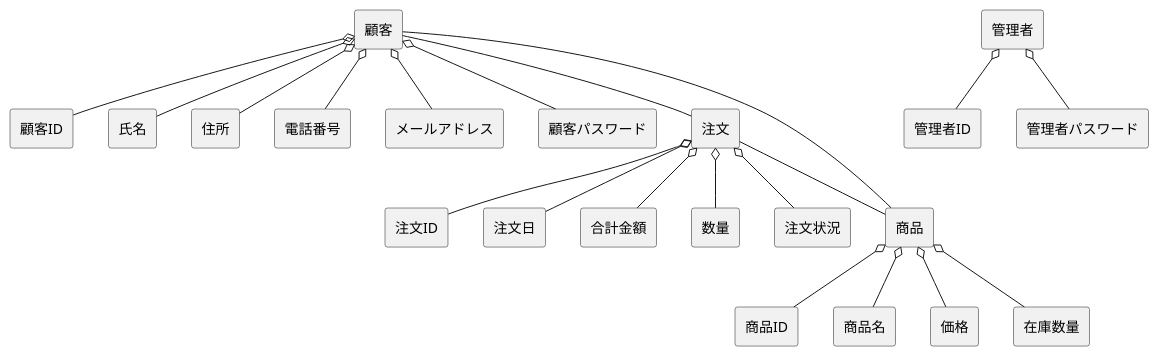
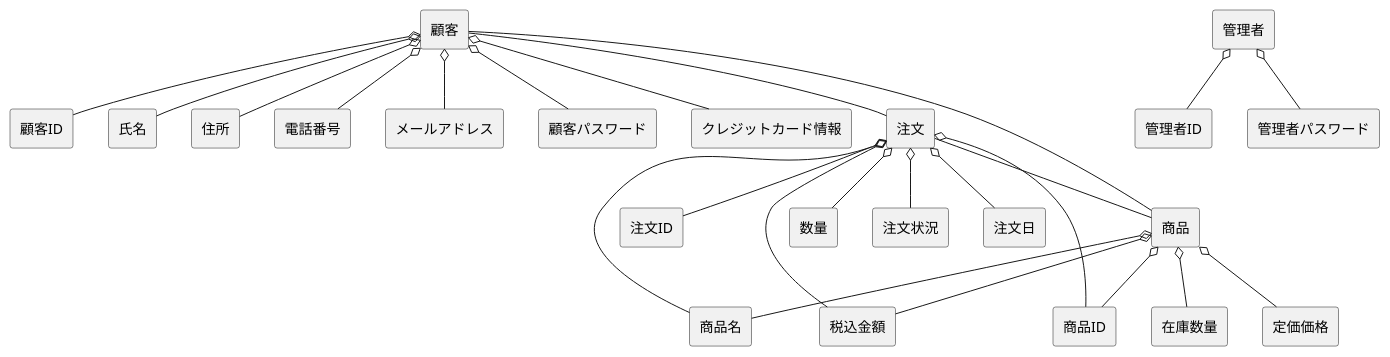
Before and after one commit to ko246/ohara_uml: the diagram in group/3-3_総合演習1_BBショップ注文管理システム/ドメインモデル図/domain.pu, drawn with PlantUML. The commit also changed 2 other files, not shown here.

```diff
--- a/group/3-3_総合演習1_BBショップ注文管理システム/ドメインモデル図/domain.pu
+++ b/group/3-3_総合演習1_BBショップ注文管理システム/ドメインモデル図/domain.pu
@@ -1,30 +1,34 @@
 @startuml Robodogドメインモデル図
 skinparam componentStyle rectangle
 
 [顧客] o-- [顧客ID]
 [顧客] o-- [氏名]
 [顧客] o-- [住所]
 [顧客] o-- [電話番号]
 [顧客] o-- [メールアドレス]
 [顧客] o-- [顧客パスワード]
+[顧客] o-- [クレジットカード情報]
 
 [注文] o-- [注文ID]
 [注文] o-- [注文日]
-[注文] o-- [合計金額]
+[注文] o-- [商品ID]
+[注文] o-- [商品名]
+[注文] o-- [税込金額]
 [注文] o-- [数量]
 [注文] o-- [注文状況]
 
 [商品] o-- [商品ID]
 [商品] o-- [商品名]
-[商品] o-- [価格]
+[商品] o-- [定価価格]
+[商品] o-- [税込金額]
 [商品] o-- [在庫数量]
 
 [商品] -- [顧客]
 [注文] -- [商品]
 [顧客] -- [注文]
 
 [管理者] o-- [管理者ID]
 [管理者] o-- [管理者パスワード]
 
 
 @enduml
```
